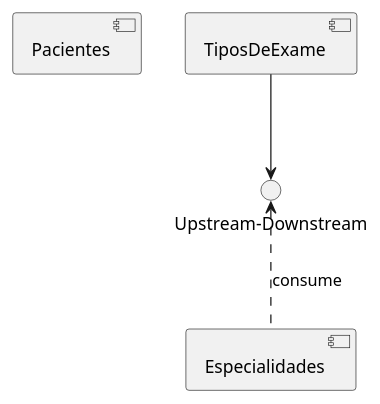
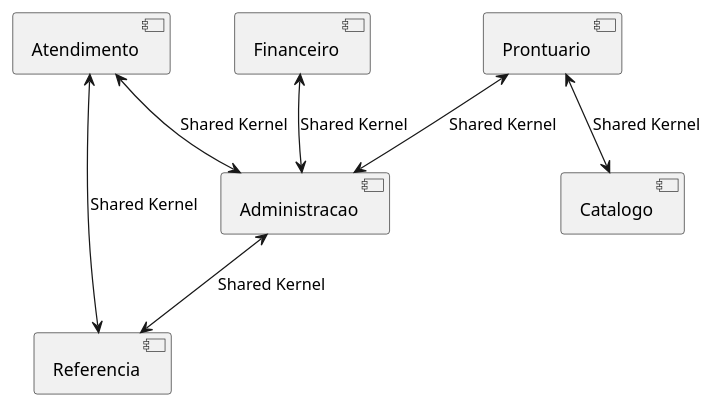
One commit to MatheusVelame/MedFlow changed the diagram in src-gen/medflow_ContextMap.puml. Above: the diagram before and after it, drawn with PlantUML. The commit also changed 19 other files, not shown here.

```diff
--- a/src-gen/medflow_ContextMap.puml
+++ b/src-gen/medflow_ContextMap.puml
@@ -1,15 +1,26 @@
 @startuml
 
 skinparam componentStyle uml2
 
-component [Pacientes]
-component [TiposDeExame]
-component [Especialidades]
+component [Administracao]
+component [Referencia]
+component [Catalogo]
+component [Atendimento]
+component [Prontuario]
+component [Financeiro]
 
-interface "Upstream-Downstream" as Especialidades_to_TiposDeExame
-[TiposDeExame] --> Especialidades_to_TiposDeExame
-Especialidades_to_TiposDeExame <.. [Especialidades] : consume
+[Atendimento]<-->[Administracao] : Shared Kernel
+
+[Financeiro]<-->[Administracao] : Shared Kernel
+
+[Prontuario]<-->[Administracao] : Shared Kernel
+
+[Atendimento]<-->[Referencia] : Shared Kernel
+
+[Prontuario]<-->[Catalogo] : Shared Kernel
+
+[Administracao]<-->[Referencia] : Shared Kernel
 
 
 
 @enduml
```
